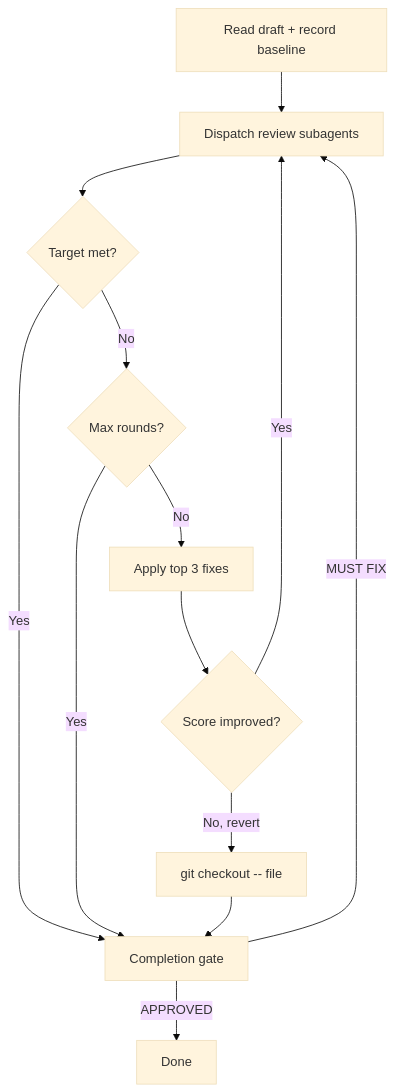
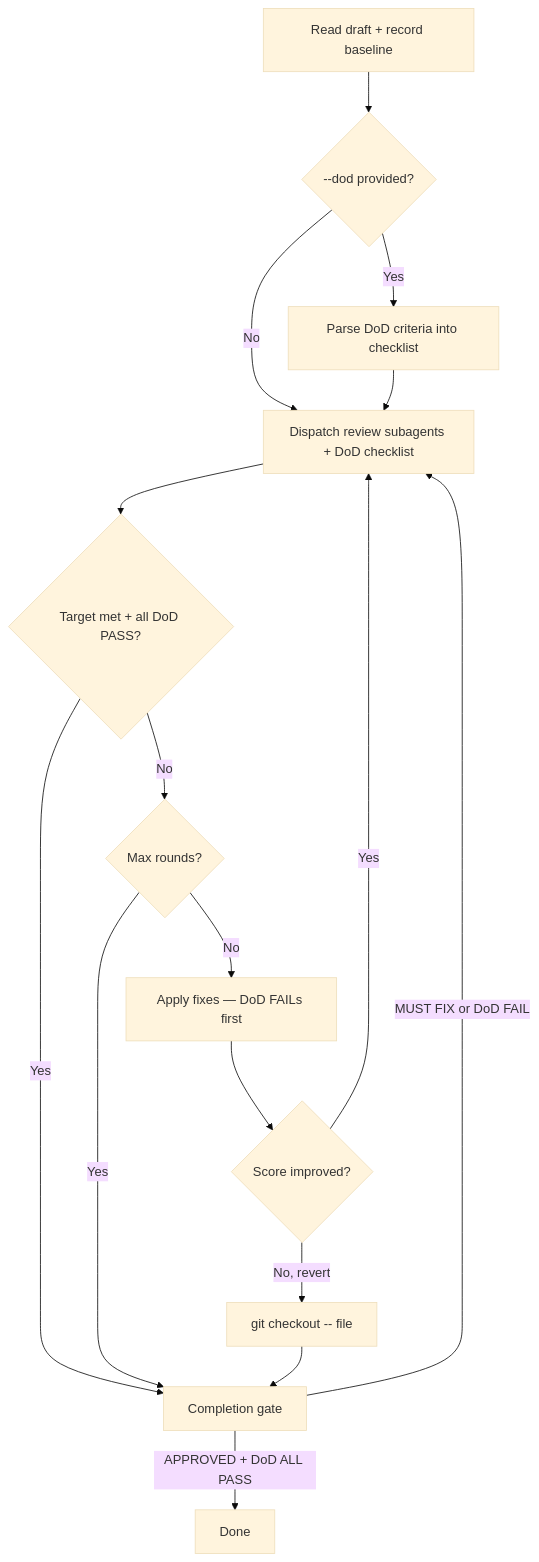
The diagram in docs/skills/refine.md (unclejobs-ai/second-claude-code), drawn with Mermaid (base theme) before and after one commit. The commit also changed other lines of this file and 9 other files, not shown here.

First line of the commit message:
feat(refine): add --dod flag for Definition of Done checklist

````diff
--- a/docs/skills/refine.md
+++ b/docs/skills/refine.md
@@ -45,15 +66,18 @@
 ```mermaid
 graph TD
-    A[Read draft + record baseline] --> B[Dispatch review subagents]
-    B --> C{Target met?}
+    A[Read draft + record baseline] --> A2{--dod provided?}
+    A2 -- Yes --> A3[Parse DoD criteria into checklist]
+    A2 -- No --> B
+    A3 --> B[Dispatch review subagents + DoD checklist]
+    B --> C{Target met + all DoD PASS?}
     C -- Yes --> G[Completion gate]
     C -- No --> D{Max rounds?}
     D -- Yes --> G
-    D -- No --> E[Apply top 3 fixes]
+    D -- No --> E[Apply fixes — DoD FAILs first]
     E --> F{Score improved?}
     F -- Yes --> B
     F -- No, revert --> H[git checkout -- file]
     H --> G
-    G -- APPROVED --> I[Done]
-    G -- MUST FIX --> B
+    G -- APPROVED + DoD ALL PASS --> I[Done]
+    G -- MUST FIX or DoD FAIL --> B
 ```
````
